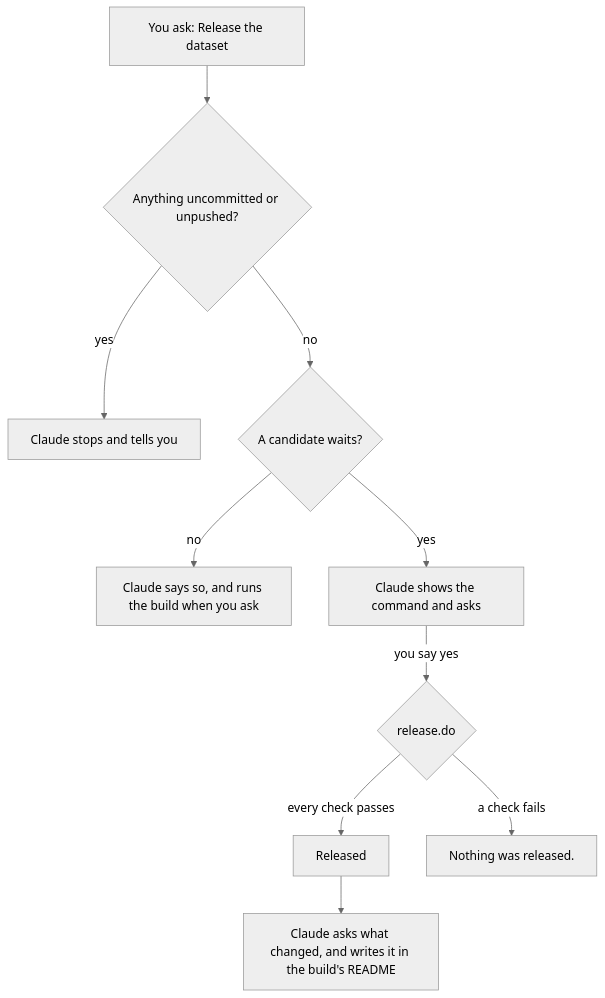
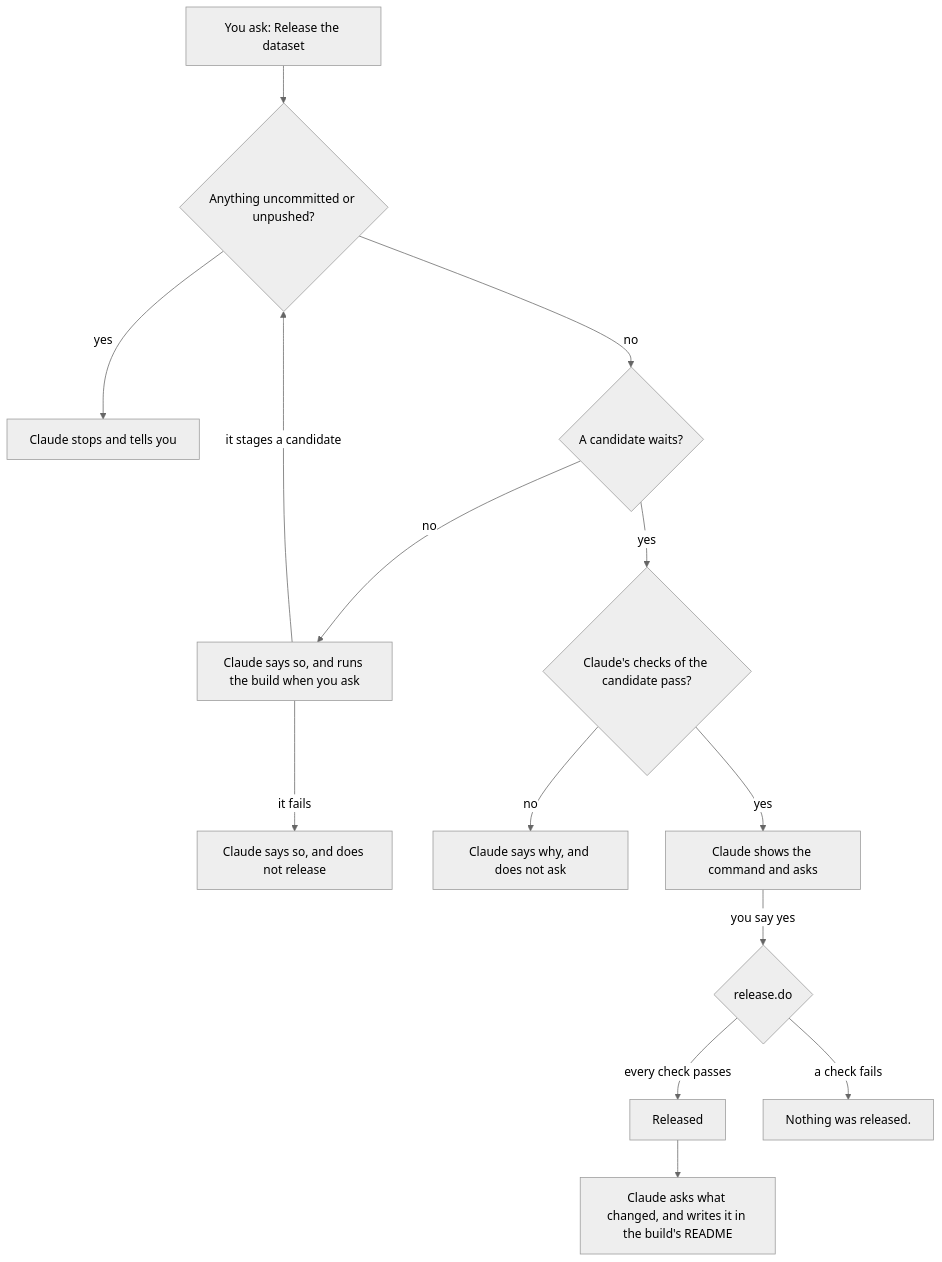
The diagram in curator/release-a-version.md (unifr-ecopub/handbook), drawn with Mermaid (neutral theme) before and after one commit. The commit also changed other lines of this file and 12 other files, not shown here.

````diff
--- a/curator/release-a-version.md
+++ b/curator/release-a-version.md
@@ -5,12 +5,16 @@
 ```mermaid
 flowchart TD
   A["You ask: Release the dataset"] --> B{"Anything uncommitted or unpushed?"}
   B -->|"yes"| S["Claude stops and tells you"]
   B -->|"no"| C{"A candidate waits?"}
   C -->|"no"| R["Claude says so, and runs the build when you ask"]
-  C -->|"yes"| Q["Claude shows the command and asks"]
+  R -->|"it stages a candidate"| B
+  R -->|"it fails"| X["Claude says so, and does not release"]
+  C -->|"yes"| K{"Claude's checks of the candidate pass?"}
+  K -->|"no"| N["Claude says why, and does not ask"]
+  K -->|"yes"| Q["Claude shows the command and asks"]
   Q -->|"you say yes"| D{"release.do"}
   D -->|"every check passes"| E["Released"]
   D -->|"a check fails"| F["Nothing was released."]
   E --> L["Claude asks what changed, and writes it in the build's README"]
 ```
````
